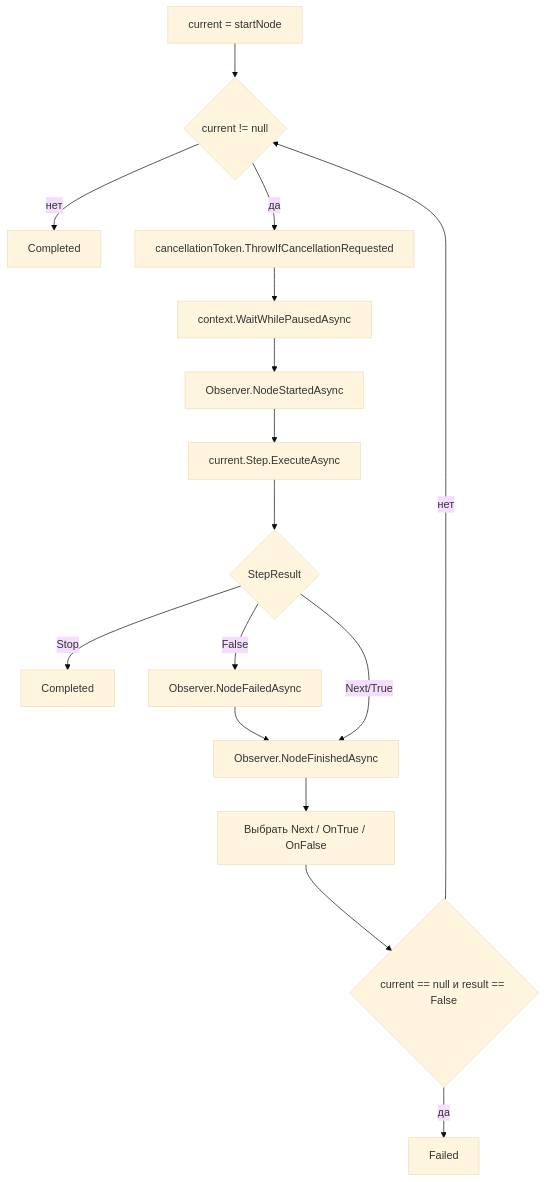
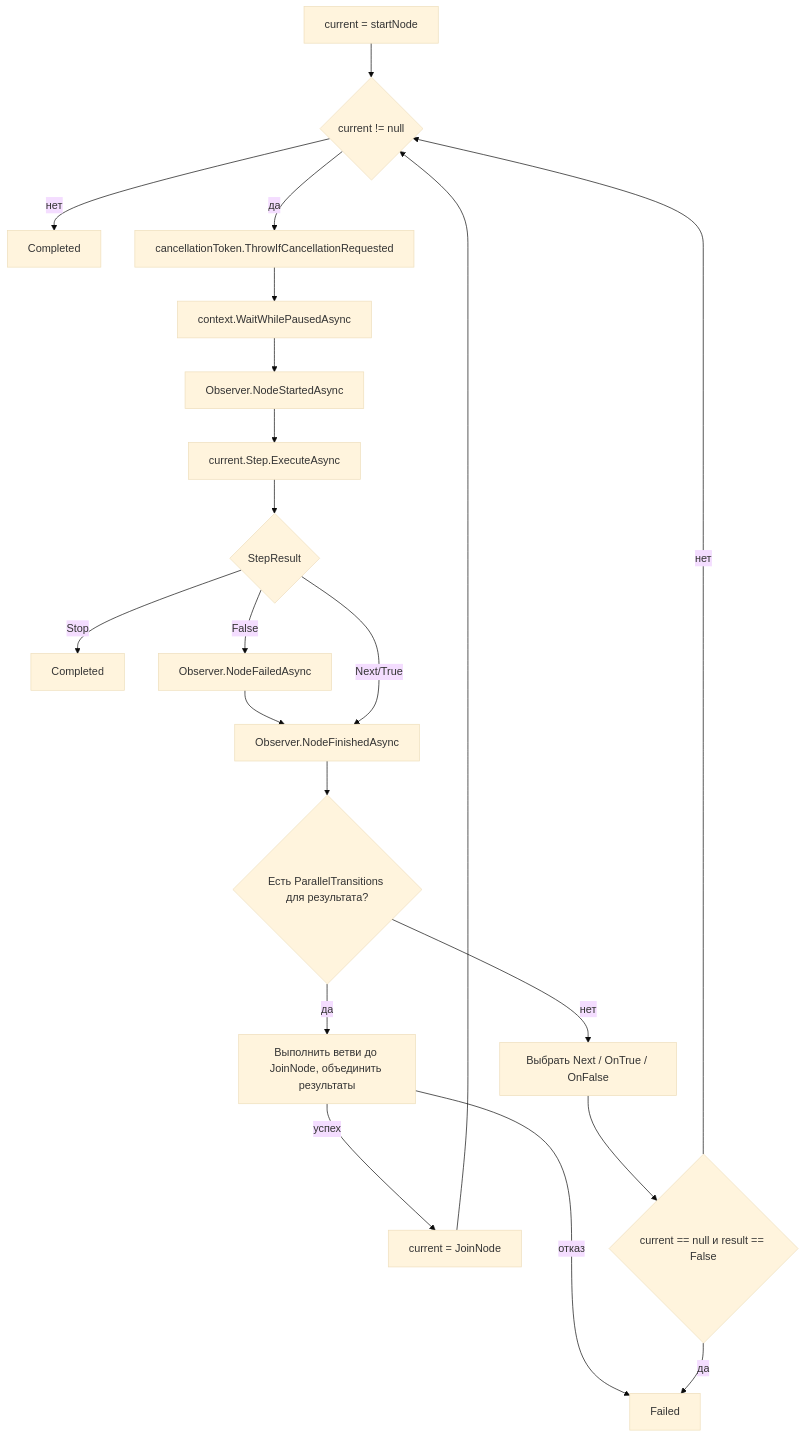
Before and after one commit to kotyasmol/TFortisTestBuilder: the diagram in docs/obsidian/04 - Графы и выполнение.md, drawn with Mermaid (base theme). The commit also changed other lines of this file and 72 other files, not shown here.

````diff
--- a/docs/obsidian/04 - Графы и выполнение.md
+++ b/docs/obsidian/04 - Графы и выполнение.md
@@ -88,18 +107,23 @@
 ```mermaid
 flowchart TD
     A["current = startNode"] --> B{"current != null"}
     B -->|нет| Z["Completed"]
     B -->|да| C["cancellationToken.ThrowIfCancellationRequested"]
     C --> D["context.WaitWhilePausedAsync"]
     D --> E["Observer.NodeStartedAsync"]
     E --> F["current.Step.ExecuteAsync"]
     F --> G{"StepResult"}
     G -->|Stop| H["Completed"]
     G -->|False| I["Observer.NodeFailedAsync"]
     I --> J["Observer.NodeFinishedAsync"]
     G -->|Next/True| J
-    J --> K["Выбрать Next / OnTrue / OnFalse"]
+    J --> P{"Есть ParallelTransitions для результата?"}
+    P -->|да| Q["Выполнить ветви до JoinNode, объединить результаты"]
+    Q -->|успех| R["current = JoinNode"]
+    R --> B
+    Q -->|отказ| M
+    P -->|нет| K["Выбрать Next / OnTrue / OnFalse"]
     K --> L{"current == null и result == False"}
     L -->|да| M["Failed"]
     L -->|нет| B
 ```
````
